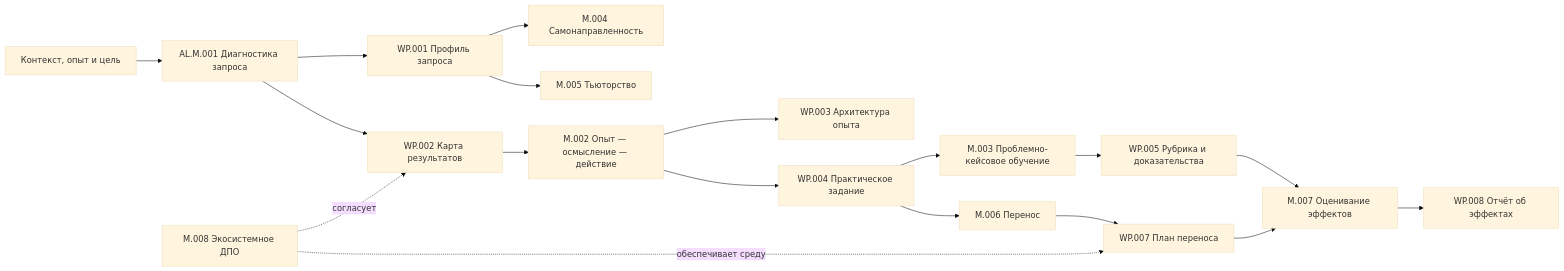
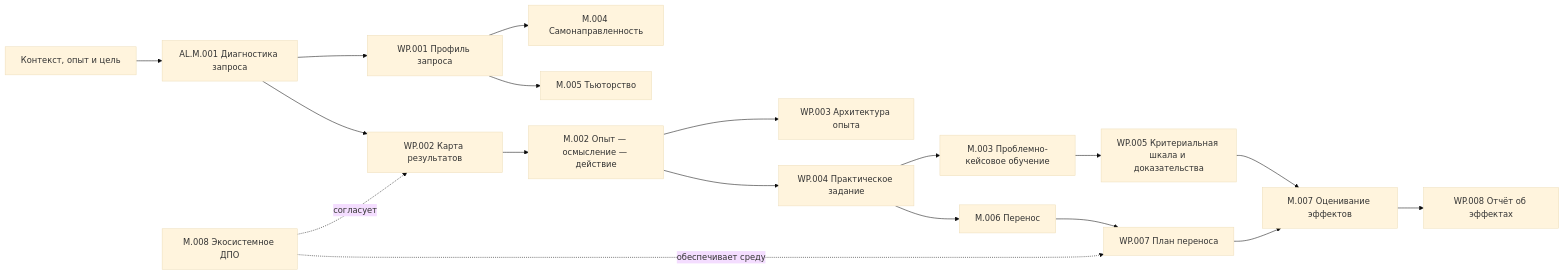
Before and after one commit to ARB774/PACK-adult-learning: the diagram in 07-map/AL.MAP.001-domain-map.md, drawn with Mermaid (base theme). The commit also changed other lines of this file and 20 other files, not shown here.

````diff
--- a/07-map/AL.MAP.001-domain-map.md
+++ b/07-map/AL.MAP.001-domain-map.md
@@ -15,20 +15,20 @@
 ```mermaid
 flowchart LR
     A["Контекст, опыт и цель"] --> M1["AL.M.001 Диагностика запроса"]
     M1 --> W1["WP.001 Профиль запроса"]
     M1 --> W2["WP.002 Карта результатов"]
     W1 --> M4["M.004 Самонаправленность"]
     W1 --> M5["M.005 Тьюторство"]
     W2 --> M2["M.002 Опыт — осмысление — действие"]
     M2 --> W3["WP.003 Архитектура опыта"]
     M2 --> W4["WP.004 Практическое задание"]
     W4 --> M3["M.003 Проблемно-кейсовое обучение"]
-    M3 --> W5["WP.005 Рубрика и доказательства"]
+    M3 --> W5["WP.005 Критериальная шкала и доказательства"]
     W4 --> M6["M.006 Перенос"]
     M6 --> W7["WP.007 План переноса"]
     W5 --> M7["M.007 Оценивание эффектов"]
     W7 --> M7
     M7 --> W8["WP.008 Отчёт об эффектах"]
     M8["M.008 Экосистемное ДПО"] -. согласует .-> W2
     M8 -. обеспечивает среду .-> W7
 ```
````
